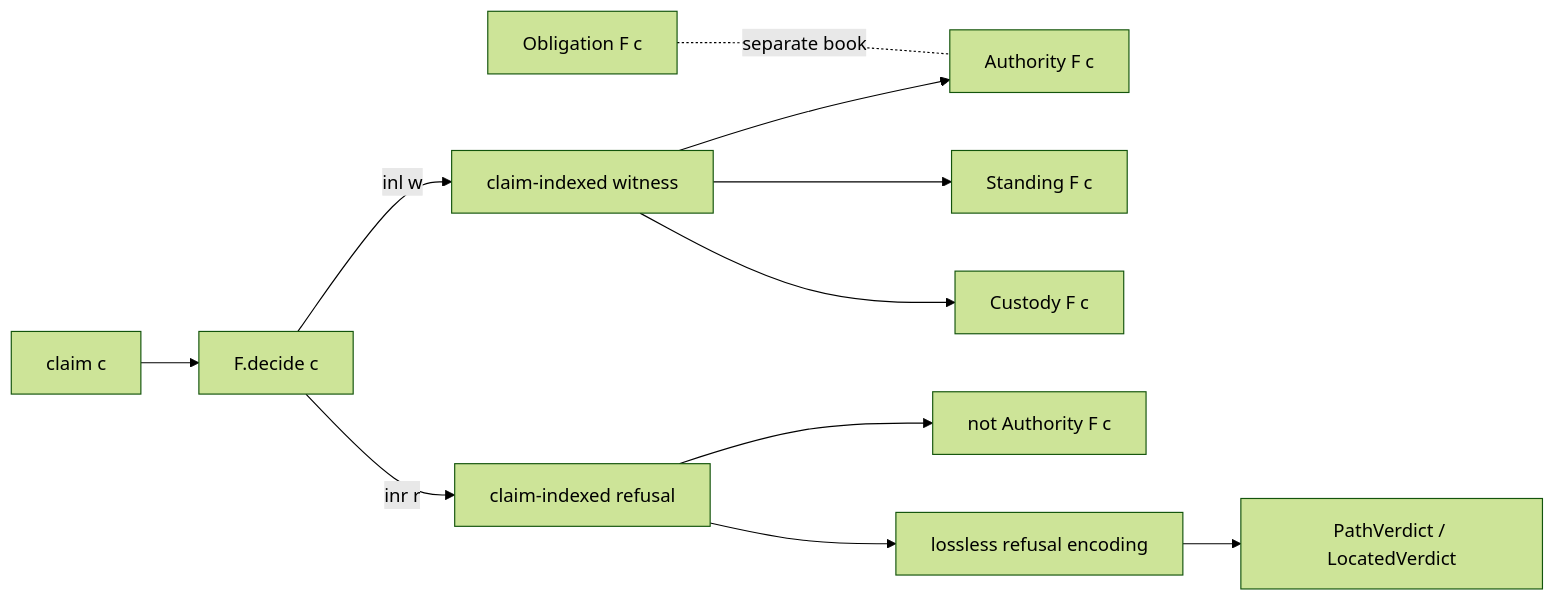
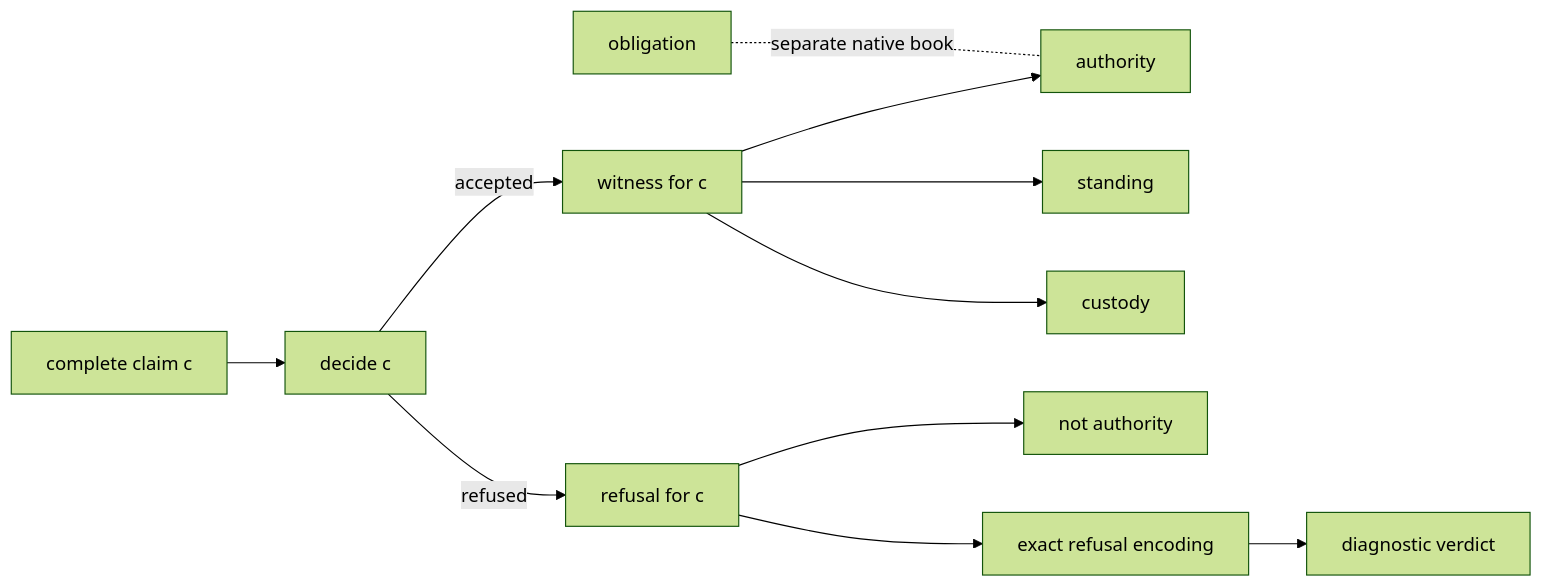
Before and after one commit to unpingable/lean: the diagram in docs/calculus/README.md, drawn with Mermaid (forest theme). The commit also changed other lines of this file and 2 other files, not shown here.

Commit message:
Simplify calculus conceptual entry path

````diff
--- a/docs/calculus/README.md
+++ b/docs/calculus/README.md
@@ -42,13 +63,13 @@
 ```mermaid
 flowchart LR
-  C[claim c] --> D[F.decide c]
-  D -->|inl w| W[claim-indexed witness]
-  D -->|inr r| R[claim-indexed refusal]
-  W --> A[Authority F c]
-  W --> S[Standing F c]
-  W --> K[Custody F c]
-  O[Obligation F c] -. separate book .- A
-  R --> NA[not Authority F c]
-  R --> E[lossless refusal encoding]
-  E --> V[PathVerdict / LocatedVerdict]
+  C[complete claim c] --> D[decide c]
+  D -->|accepted| W[witness for c]
+  D -->|refused| R[refusal for c]
+  W --> A[authority]
+  W --> S[standing]
+  W --> K[custody]
+  O[obligation] -. separate native book .- A
+  R --> N[not authority]
+  R --> E[exact refusal encoding]
+  E --> V[diagnostic verdict]
 ```
````
